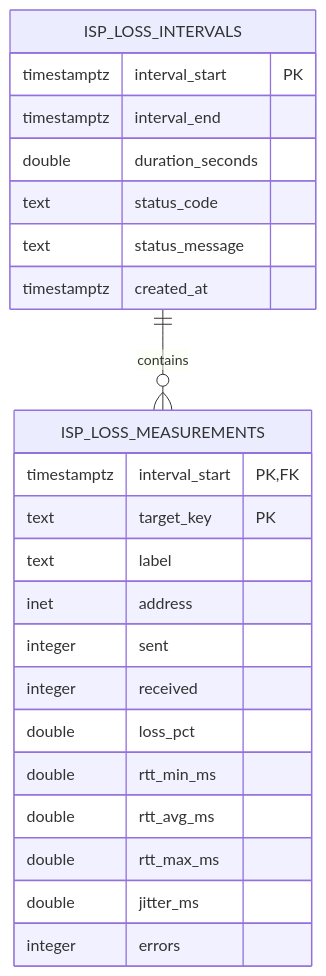
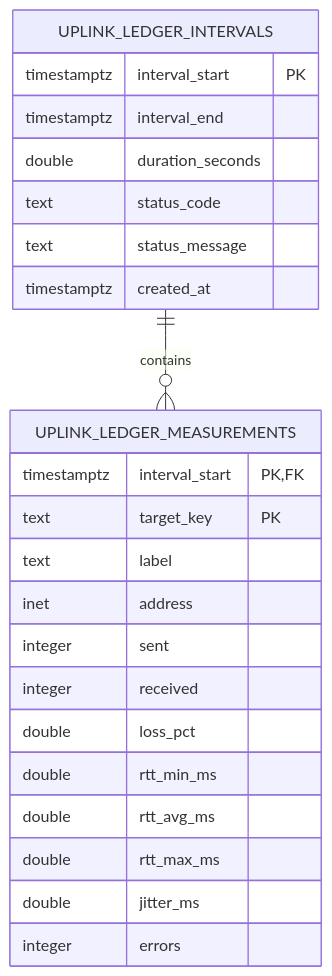
One commit to jodytripp/uplink-ledger changed the second of 3 diagrams in docs/data-and-api.md. Above: the diagram before and after it, drawn with Mermaid. The commit also changed other lines of this file and 18 other files, not shown here.

Commit message:
Complete Uplink Ledger rename

````diff
--- a/docs/data-and-api.md
+++ b/docs/data-and-api.md
@@ -24,28 +24,28 @@
 ```mermaid
 erDiagram
-    ISP_LOSS_INTERVALS ||--o{ ISP_LOSS_MEASUREMENTS : contains
+    UPLINK_LEDGER_INTERVALS ||--o{ UPLINK_LEDGER_MEASUREMENTS : contains
 
-    ISP_LOSS_INTERVALS {
+    UPLINK_LEDGER_INTERVALS {
         timestamptz interval_start PK
         timestamptz interval_end
         double duration_seconds
         text status_code
         text status_message
         timestamptz created_at
     }
 
-    ISP_LOSS_MEASUREMENTS {
+    UPLINK_LEDGER_MEASUREMENTS {
         timestamptz interval_start PK,FK
         text target_key PK
         text label
         inet address
         integer sent
         integer received
         double loss_pct
         double rtt_min_ms
         double rtt_avg_ms
         double rtt_max_ms
         double jitter_ms
         integer errors
     }
 ```
````
